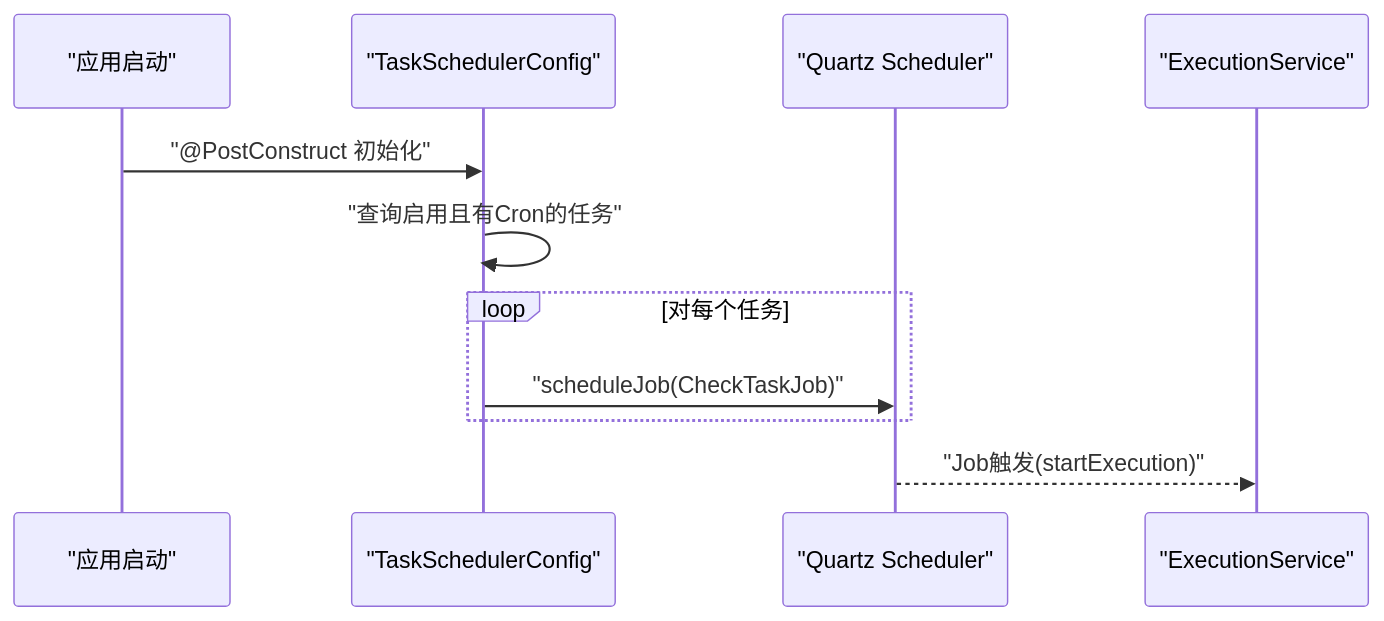
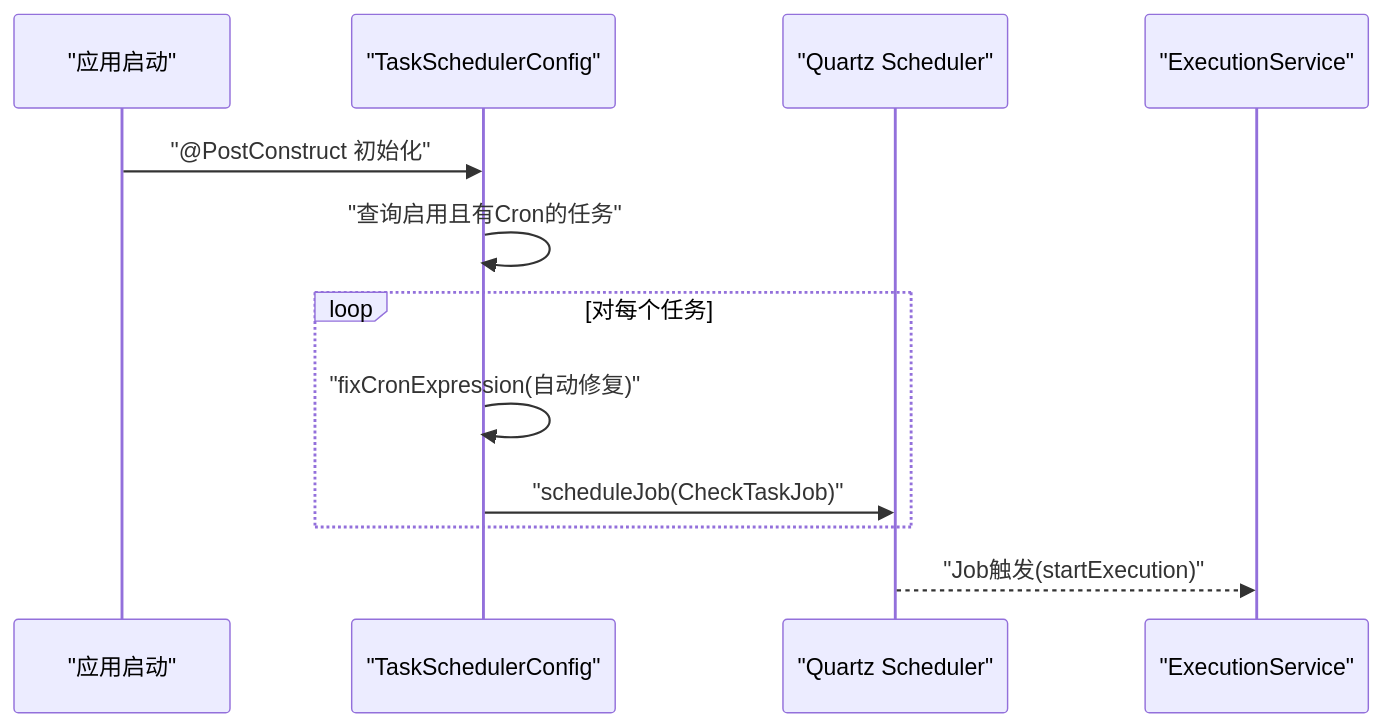
One commit to zzjxmy/mysql-risk-filed-check changed the seventh of 11 diagrams in .qoder/repowiki/zh/content/核心功能模块/任务管理系统.md. Above: the diagram before and after it, drawn with Mermaid. The commit also changed other lines of this file and 6 other files, not shown here.

````diff
--- a/.qoder/repowiki/zh/content/核心功能模块/任务管理系统.md
+++ b/.qoder/repowiki/zh/content/核心功能模块/任务管理系统.md
@@ -264,13 +282,14 @@
 ```mermaid
 sequenceDiagram
 participant Boot as "应用启动"
 participant Sched as "TaskSchedulerConfig"
 participant Quartz as "Quartz Scheduler"
 participant ExecSvc as "ExecutionService"
 Boot->>Sched : "@PostConstruct 初始化"
 Sched->>Sched : "查询启用且有Cron的任务"
 loop 对每个任务
+Sched->>Sched : "fixCronExpression(自动修复)"
 Sched->>Quartz : "scheduleJob(CheckTaskJob)"
 end
 Quartz-->>ExecSvc : "Job触发(startExecution)"
 ```
````
